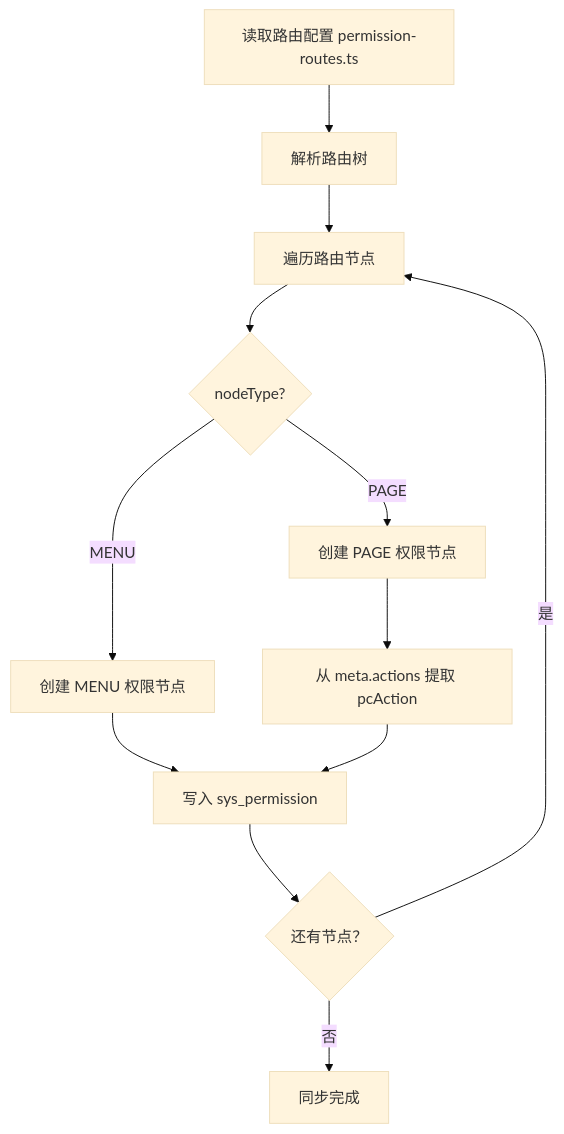
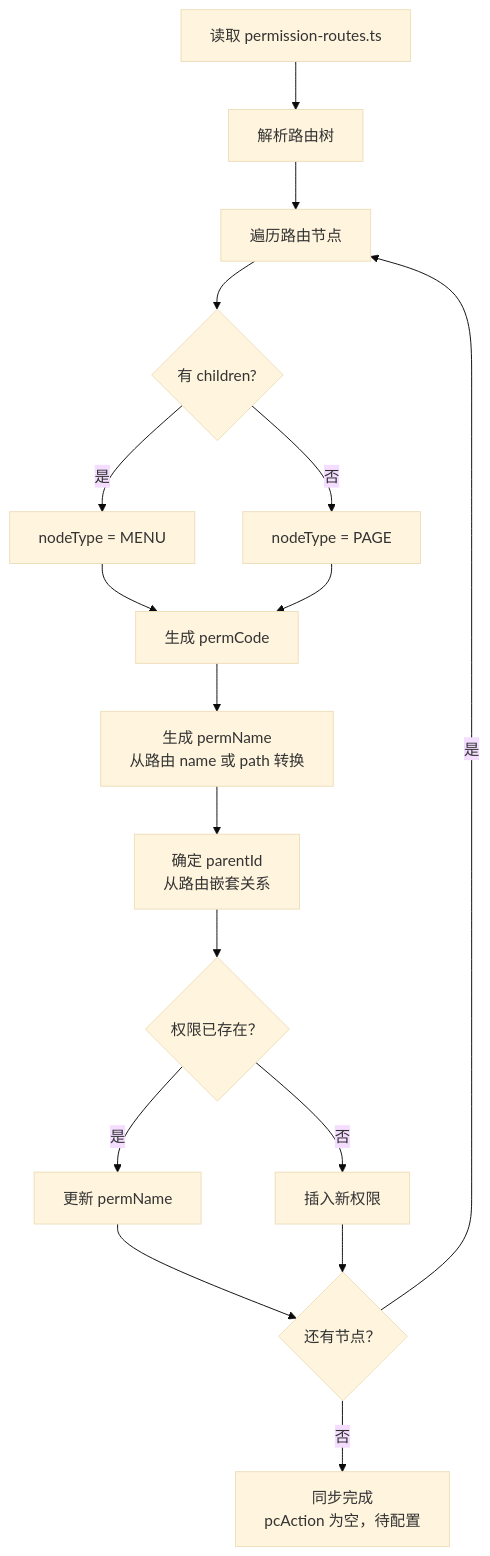
Before and after one commit to huyumo/moyan-mfw: the diagram in docs/tracking/PC-PERMISSION-SYNC-PLAN.md, drawn with Mermaid (base theme). The commit also changed other lines of this file, not shown here.

Commit message:
chore: auto-commit [docs/tracking/PC-PERMISSION-SYNC-PLAN.md,]

````diff
--- a/docs/tracking/PC-PERMISSION-SYNC-PLAN.md
+++ b/docs/tracking/PC-PERMISSION-SYNC-PLAN.md
@@ -166,14 +145,19 @@
 ```mermaid
 flowchart TD
-    A[读取路由配置 permission-routes.ts] --> B[解析路由树]
+    A[读取 permission-routes.ts] --> B[解析路由树]
     B --> C[遍历路由节点]
-    C --> D{nodeType?}
-    D -->|MENU| E[创建 MENU 权限节点]
-    D -->|PAGE| F[创建 PAGE 权限节点]
-    F --> G[从 meta.actions 提取 pcAction]
-    E --> H[写入 sys_permission]
-    G --> H
-    H --> I{还有节点？}
-    I -->|是 | C
-    I -->|否 | J[同步完成]
+    C --> D{有 children?}
+    D -->|是 | E[nodeType = MENU]
+    D -->|否 | F[nodeType = PAGE]
+    E --> G[生成 permCode]
+    F --> G
+    G --> H[生成 permName<br/>从路由 name 或 path 转换]
+    H --> I[确定 parentId<br/>从路由嵌套关系]
+    I --> J{权限已存在？}
+    J -->|是 | K[更新 permName]
+    J -->|否 | L[插入新权限]
+    K --> M{还有节点？}
+    L --> M
+    M -->|是 | C
+    M -->|否 | N[同步完成<br/>pcAction 为空，待配置]
 ```
````
